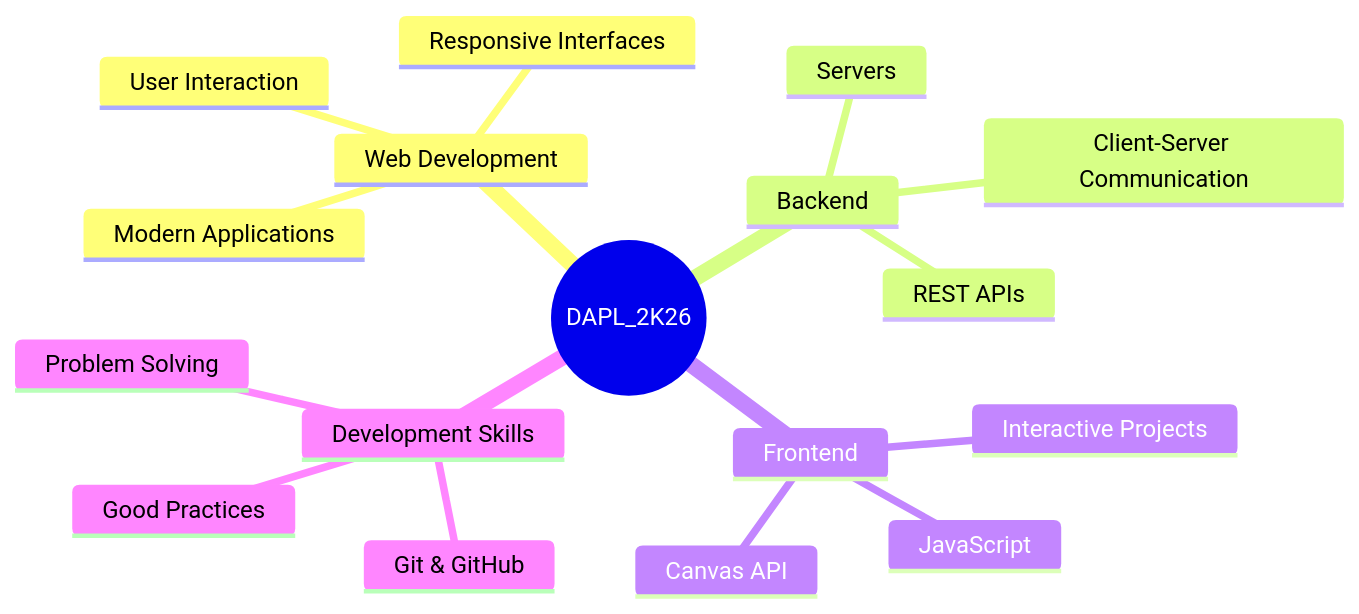
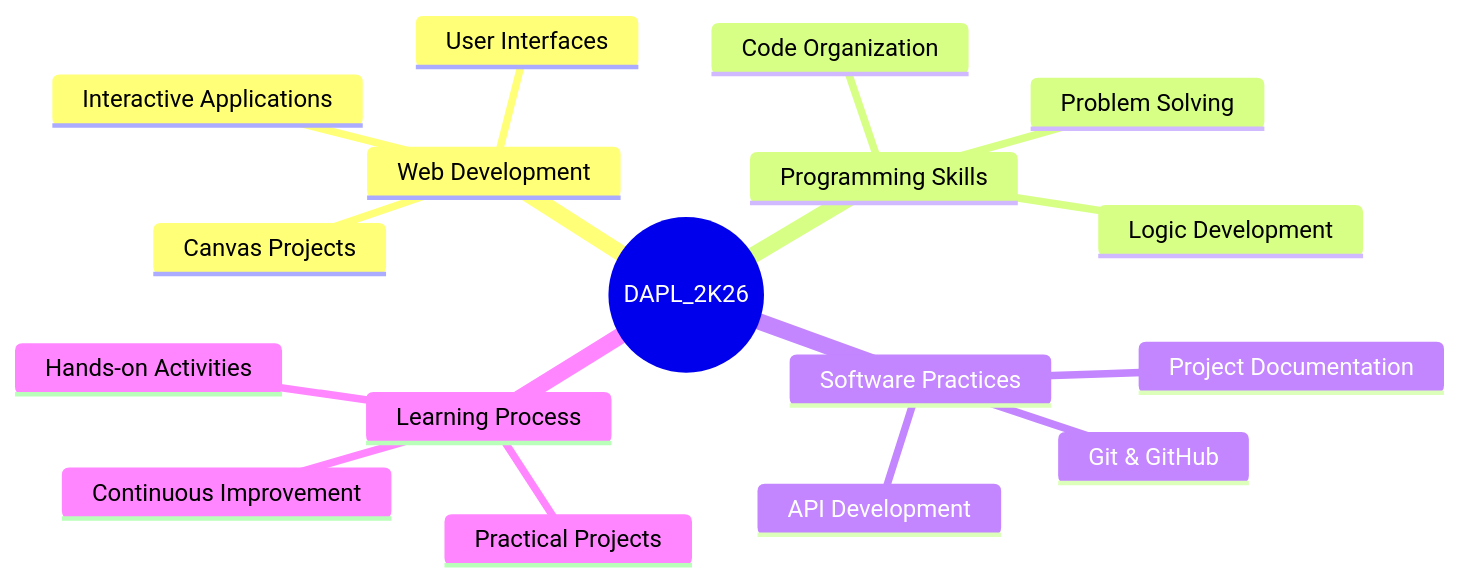
The second of 2 diagrams in README.md (Tuany-rvlh/DAPL_2K26_P2), drawn with Mermaid before and after one commit. The commit also changed other lines of this file, not shown here.

````diff
--- a/README.md
+++ b/README.md
@@ -241,24 +233,24 @@
 ```mermaid
 mindmap
   root((DAPL_2K26))
 
     Web Development
-      Modern Applications
-      Responsive Interfaces
-      User Interaction
+      Interactive Applications
+      User Interfaces
+      Canvas Projects
 
-    Backend
-      Servers
-      REST APIs
-      Client-Server Communication
+    Programming Skills
+      Problem Solving
+      Logic Development
+      Code Organization
 
-    Frontend
-      JavaScript
-      Canvas API
-      Interactive Projects
+    Software Practices
+      Git & GitHub
+      API Development
+      Project Documentation
 
-    Development Skills
-      Problem Solving
-      Git & GitHub
-      Good Practices
+    Learning Process
+      Hands-on Activities
+      Practical Projects
+      Continuous Improvement
 ```
````
